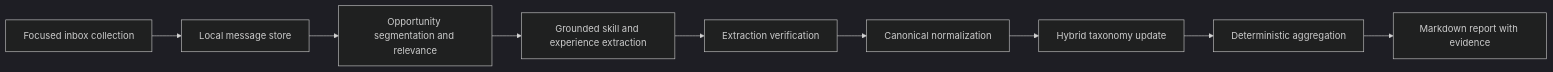
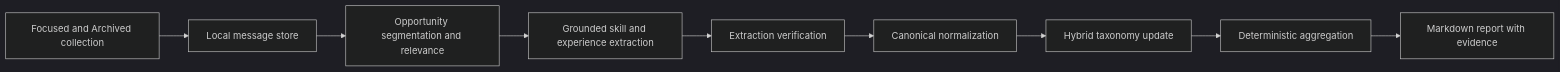
The diagram in docs/superpowers/specs/2026-10-17-linkedin-opportunity-message-analysis-design.md (jamesmorrissey11/personal-linkedin-agent), drawn with Mermaid (dark theme) before and after one commit. The commit also changed other lines of this file and 1 other file, not shown here.

First line of the commit message:
docs(analysis): update opportunity-analysis design for live Agent Inbox actions

````diff
--- a/docs/superpowers/specs/2026-10-17-linkedin-opportunity-message-analysis-design.md
+++ b/docs/superpowers/specs/2026-10-17-linkedin-opportunity-message-analysis-design.md
@@ -87,11 +95,11 @@
 ```mermaid
 flowchart LR
-    A[Focused inbox collection] --> B[Local message store]
+    A[Focused and Archived collection] --> B[Local message store]
     B --> C[Opportunity segmentation and relevance]
     C --> D[Grounded skill and experience extraction]
     D --> E[Extraction verification]
     E --> F[Canonical normalization]
     F --> G[Hybrid taxonomy update]
     G --> H[Deterministic aggregation]
     H --> I[Markdown report with evidence]
 ```
````
